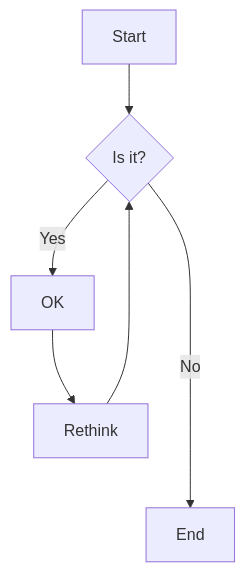
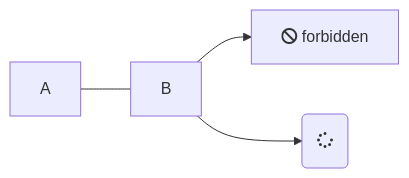
Before and after one commit to erossini/agile: the first of 2 diagrams in README.md, drawn with Mermaid. The commit also changed other lines of this file, not shown here.

````diff
--- a/README.md
+++ b/README.md
@@ -11,8 +13,6 @@
 ```mermaid
-flowchart TD
-    A[Start] --> B{Is it?}
-    B -- Yes --> C[OK]
-    C --> D[Rethink]
-    D --> B
-    B -- No ----> E[End]
+graph LR
+    A --- B
+    B-->C[fa:fa-ban forbidden]
+    B-->D(fa:fa-spinner);
 ```
````
